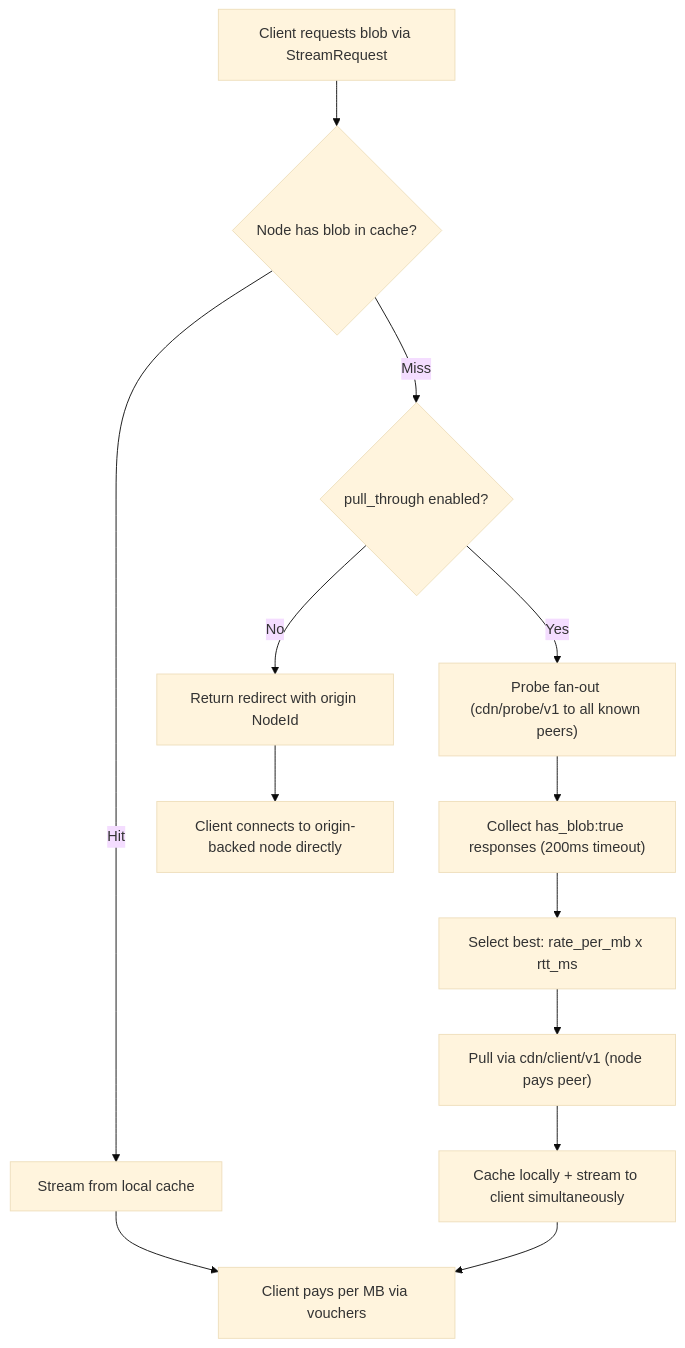
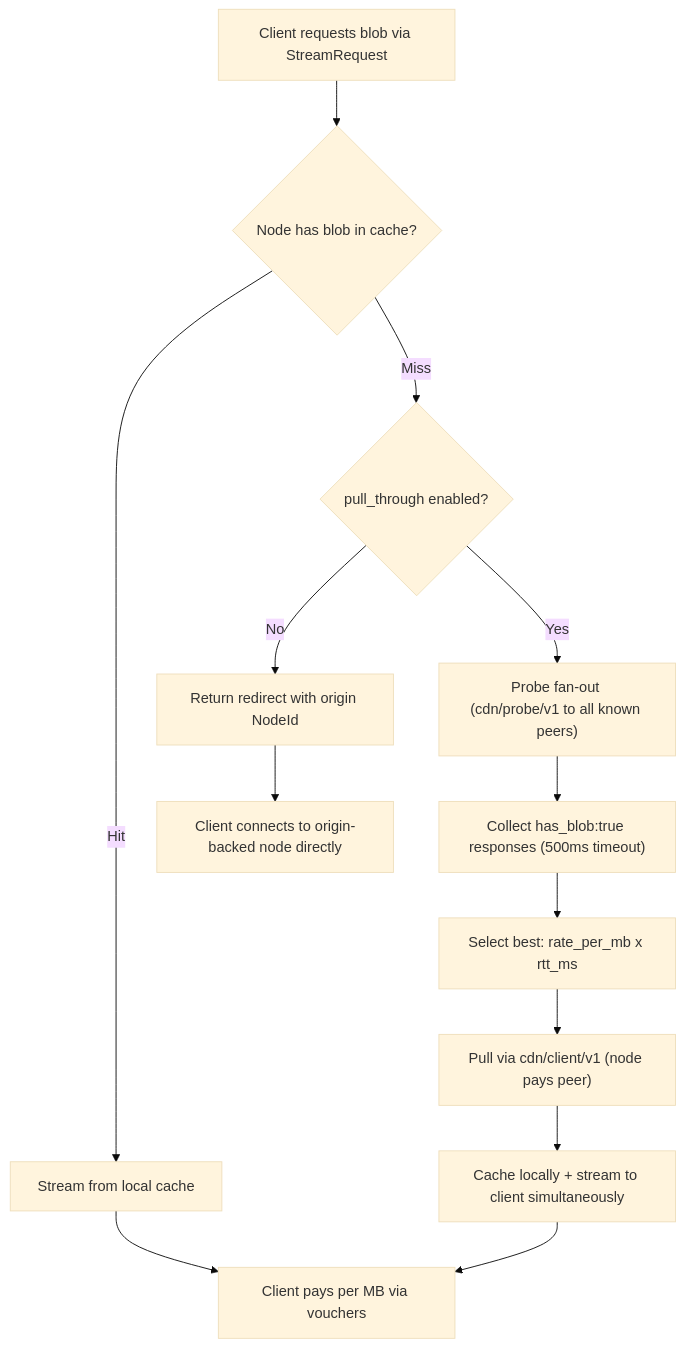
The second of 3 diagrams in adr/architecture.md (decdn/decdn), drawn with Mermaid (base theme) before and after one commit. The commit also changed 3 other files, not shown here.

````diff
--- a/adr/architecture.md
+++ b/adr/architecture.md
@@ -238,17 +238,17 @@
 ```mermaid
 flowchart TD
     A[Client requests blob via StreamRequest] --> B{Node has blob in cache?}
     B -->|Hit| C[Stream from local cache]
     C --> D[Client pays per MB via vouchers]
 
     B -->|Miss| E{pull_through enabled?}
     E -->|Yes| F["Probe fan-out (cdn/probe/v1 to all known peers)"]
-    F --> G["Collect has_blob:true responses (200ms timeout)"]
+    F --> G["Collect has_blob:true responses (500ms timeout)"]
     G --> H["Select best: rate_per_mb x rtt_ms"]
     H --> I["Pull via cdn/client/v1 (node pays peer)"]
     I --> J[Cache locally + stream to client simultaneously]
     J --> D
 
     E -->|No| K[Return redirect with origin NodeId]
     K --> L[Client connects to origin-backed node directly]
 ```
````
